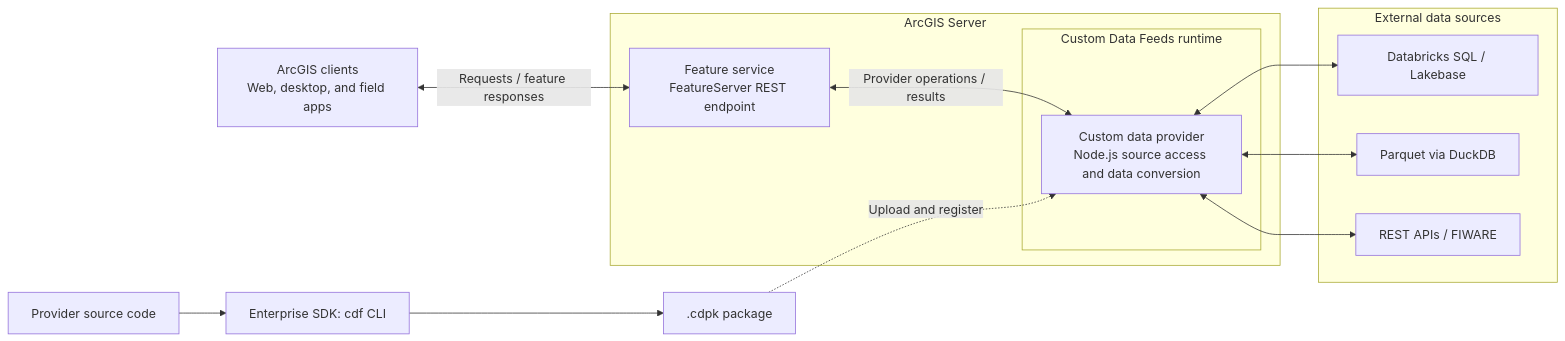
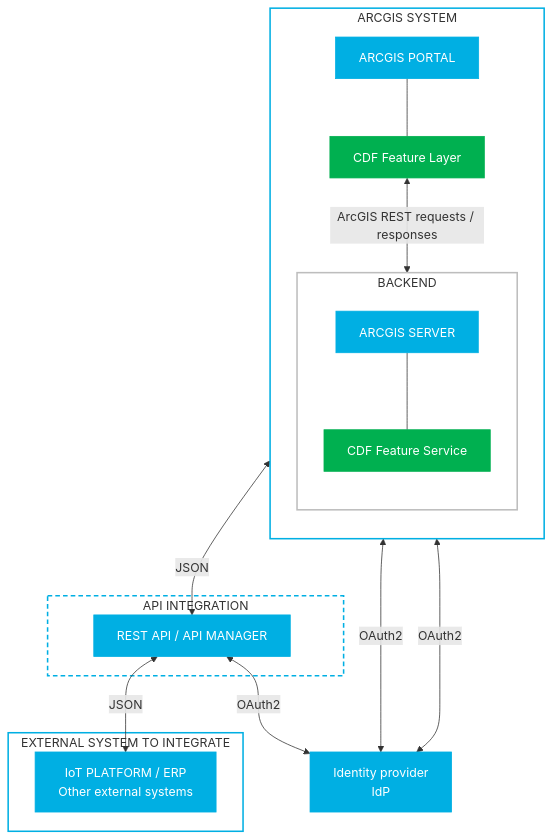
Before and after one commit to raulmf/arcgis-custom-data-feeds-public: the diagram in README.md, drawn with Mermaid. The commit also changed other lines of this file, not shown here.

````diff
--- a/README.md
+++ b/README.md
@@ -28,27 +28,43 @@
 ```mermaid
-flowchart LR
-    clients["ArcGIS clients<br/>Web, desktop, and field apps"]
+flowchart TB
+    idp["Identity provider<br/>IdP"]
 
-    subgraph server["ArcGIS Server"]
-        service["Feature service<br/>FeatureServer REST endpoint"]
-        subgraph runtime["Custom Data Feeds runtime"]
-            provider["Custom data provider<br/>Node.js source access and data conversion"]
+    subgraph arcgis["ARCGIS SYSTEM"]
+        direction TB
+        portal["ARCGIS PORTAL"]
+        layer["CDF Feature Layer"]
+        portal --- layer
+
+        subgraph backend["BACKEND"]
+            direction TB
+            server["ARCGIS SERVER"]
+            service["CDF Feature Service"]
+            server --- service
         end
+
+        layer <-->|"ArcGIS REST requests / responses"| server
     end
 
-    subgraph sources["External data sources"]
-        database["Databricks SQL / Lakebase"]
-        files["Parquet via DuckDB"]
-        api["REST APIs / FIWARE"]
+    subgraph integration["API INTEGRATION"]
+        api["REST API / API MANAGER"]
     end
 
-    clients <-->|"Requests / feature responses"| service
-    service <-->|"Provider operations / results"| provider
-    provider <--> database
-    provider <--> files
-    provider <--> api
+    subgraph external["EXTERNAL SYSTEM TO INTEGRATE"]
+        platform["IoT PLATFORM / ERP<br/>Other external systems"]
+    end
 
-    code["Provider source code"] --> cli["Enterprise SDK: cdf CLI"]
-    cli --> artifact[".cdpk package"]
-    artifact -.->|"Upload and register"| provider
+    portal <-->|"OAuth2"| idp
+    service <-->|"OAuth2"| idp
+    api <-->|"OAuth2"| idp
+    service <-->|"JSON"| api
+    api <-->|"JSON"| platform
+
+    classDef component fill:#00afe3,stroke:#00afe3,color:#fff
+    classDef cdf fill:#00b050,stroke:#00b050,color:#fff
+    class portal,server,idp,api,platform component
+    class layer,service cdf
+    style arcgis fill:#fff,stroke:#00afe3,stroke-width:2px
+    style backend fill:#fff,stroke:#bdbdbd,stroke-width:2px
+    style integration fill:#fff,stroke:#00afe3,stroke-width:2px,stroke-dasharray:6 4
+    style external fill:#fff,stroke:#00afe3,stroke-width:2px
 ```
````
